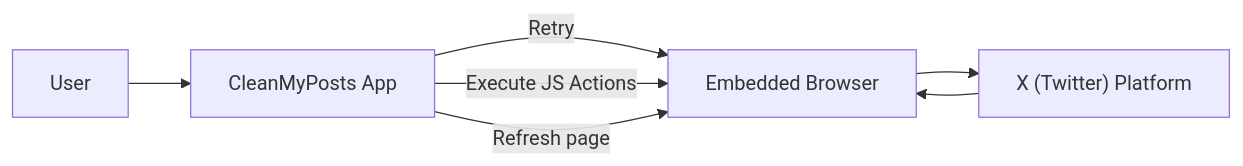
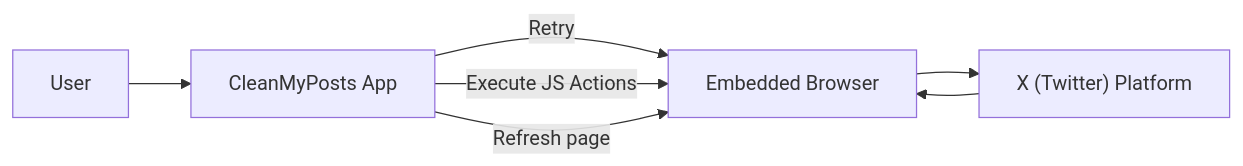
The diagram in README.md (thorstenalpers/CleanMyPosts), drawn with Mermaid before and after one commit.

Commit message:
Update diagram padding in README.md
Adjusted diagram padding in the flowchart.

````diff
--- a/README.md
+++ b/README.md
@@ -19,15 +19,15 @@
 ```mermaid
-%%{init: {"flowchart": {"diagramPadding": 110}}}%%
+%%{init: {"flowchart": {"diagramPadding": 115}}}%%
 flowchart LR
     U["User"]
     A["CleanMyPosts App"]
     B["Embedded Browser"]
     X["X (Twitter) Platform"]
 
     U -->A
     A -->|Retry|B
     A -->|Execute JS Actions|B
     A -->|Refresh page|B
     B -->X
     X -->B
 ```
````
